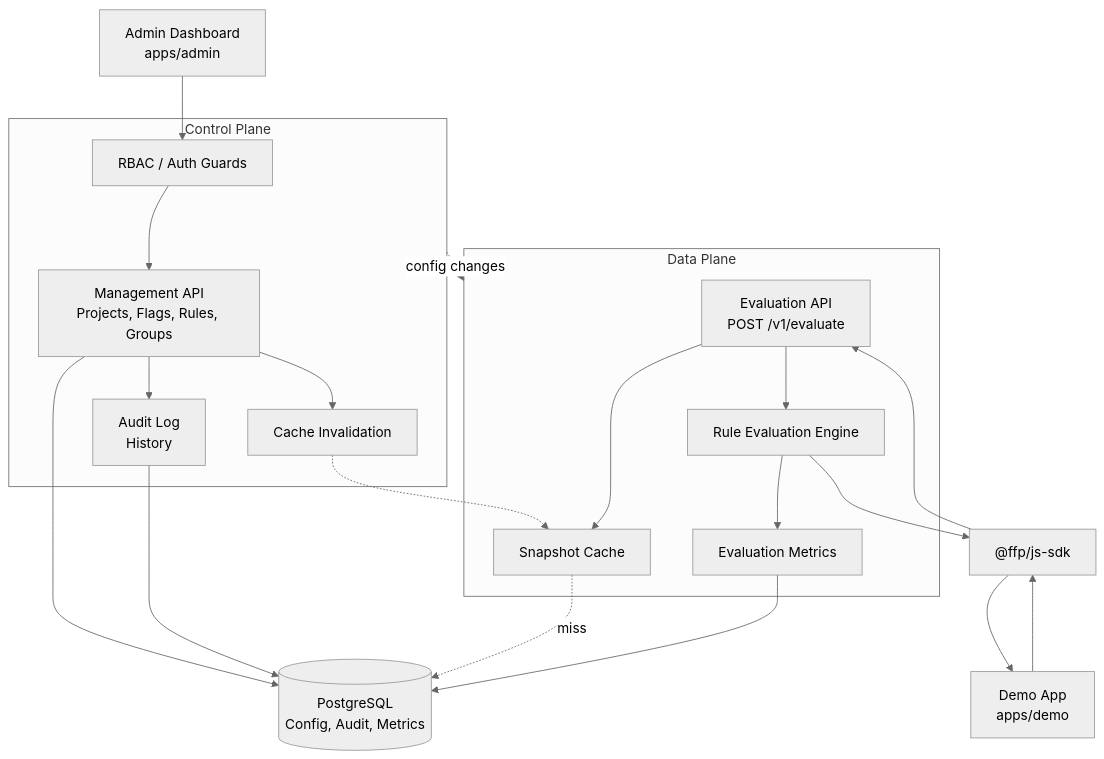
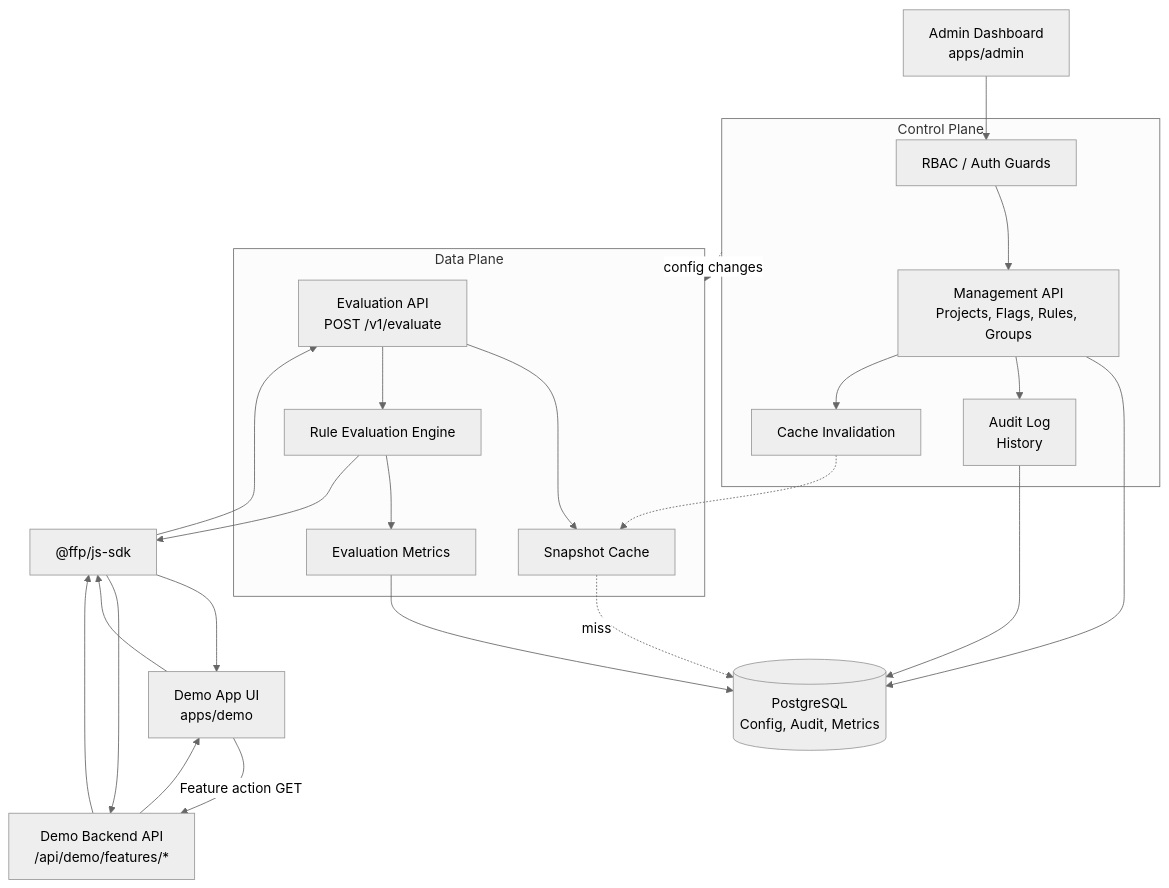
One commit to fabyanbui/VDT2026_MiniProject_report changed the diagram in Images/mermaid/Control Plane - Data Plane.md. Above: the diagram before and after it, drawn with Mermaid (neutral theme). The commit also changed 5 other files, not shown here.

Commit message:
Enhance diagrams in Control Plane and Docker Compose documentation by updating UI labels and adding Demo Backend API connections for clarity.

````diff
--- a/Images/mermaid/Control Plane - Data Plane.md
+++ b/Images/mermaid/Control Plane - Data Plane.md
@@ -1,36 +1,40 @@
 ```mermaid
 flowchart TD
     Admin["Admin Dashboard<br/>apps/admin"]
-    Demo["Demo App<br/>apps/demo"]
+    Demo["Demo App UI<br/>apps/demo"]
+    DemoAPI["Demo Backend API<br/>/api/demo/features/*"]
     SDK["@ffp/js-sdk"]
 
     subgraph CP["Control Plane"]
         Auth["RBAC / Auth Guards"]
         Mgmt["Management API<br/>Projects, Flags, Rules, Groups"]
         Audit["Audit Log<br/>History"]
         Invalidate["Cache Invalidation"]
     end
 
     subgraph DP["Data Plane"]
         EvalAPI["Evaluation API<br/>POST /v1/evaluate"]
         Cache["Snapshot Cache"]
         Engine["Rule Evaluation Engine"]
         Metrics["Evaluation Metrics"]
     end
 
     DB[("PostgreSQL<br/>Config, Audit, Metrics")]
 
     Admin --> Auth --> Mgmt
     Mgmt --> DB
     Mgmt --> Audit --> DB
     Mgmt --> Invalidate -.-> Cache
 
     Demo --> SDK --> EvalAPI
+    Demo -->|"Feature action GET"| DemoAPI
+    DemoAPI --> SDK
     EvalAPI --> Cache
     Cache -. "miss" .-> DB
     EvalAPI --> Engine
     Engine --> Metrics --> DB
     Engine --> SDK --> Demo
+    SDK --> DemoAPI --> Demo
 
     CP -. "config changes" .-> DP
 ```
````
